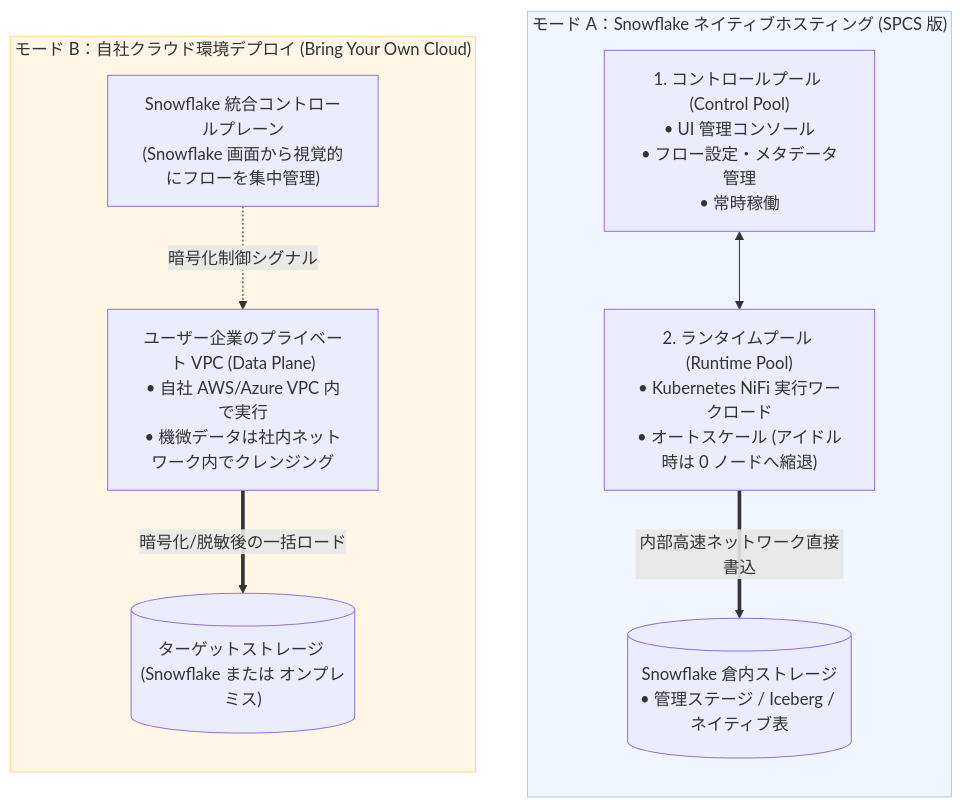
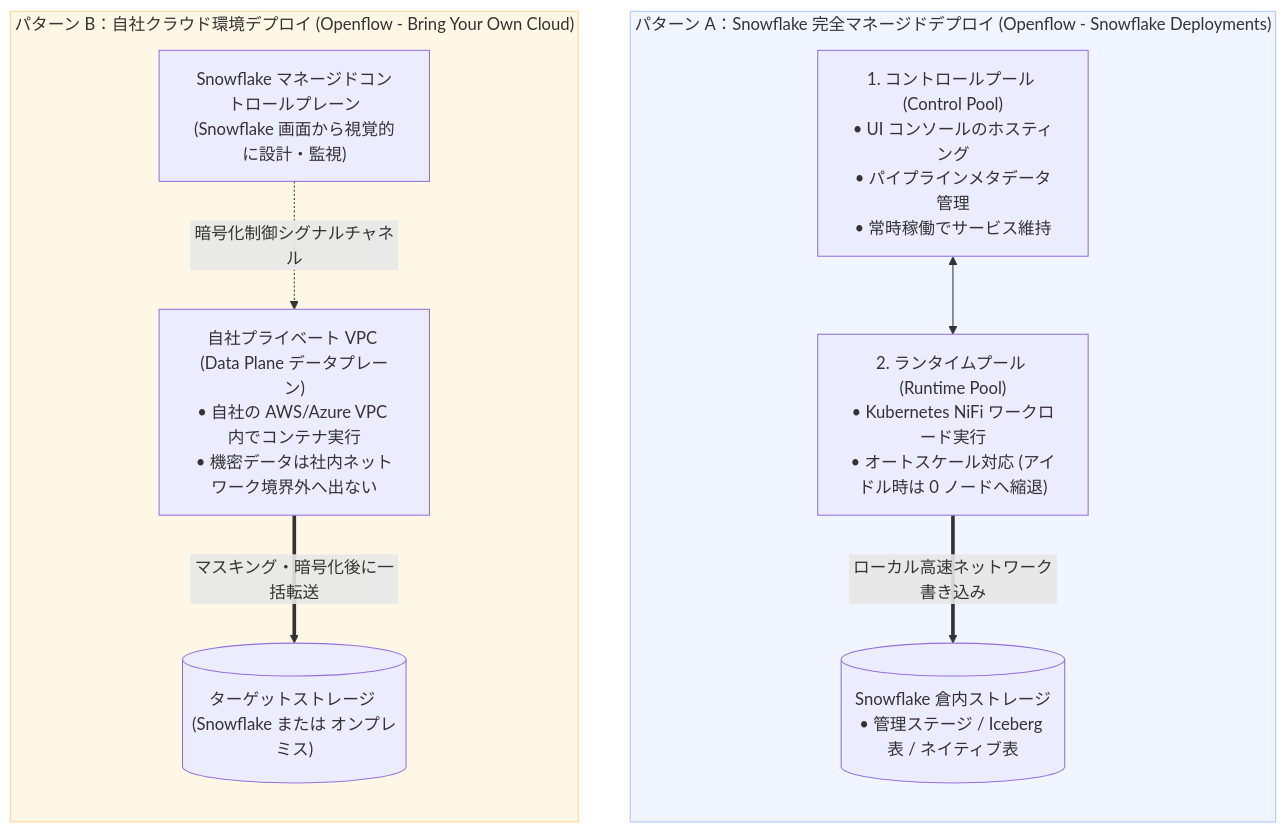
The diagram in docs/ja/07_01_openflow_architecture_and_concepts.md (BIGMAX-RKO007/snowflakeblog), drawn with Mermaid before and after one commit. The commit also changed other lines of this file and 6 other files, not shown here.

````diff
--- a/docs/ja/07_01_openflow_architecture_and_concepts.md
+++ b/docs/ja/07_01_openflow_architecture_and_concepts.md
@@ -101,23 +101,23 @@
 ```mermaid
 flowchart TD
-    subgraph SPCS_Mode["モード A：Snowflake ネイティブホスティング (SPCS 版)"]
+    subgraph SPCS_Mode["パターン A：Snowflake 完全マネージドデプロイ (Openflow - Snowflake Deployments)"]
         direction TB
-        S_CP["1. コントロールプール (Control Pool)<br/>• UI 管理コンソール<br/>• フロー設定・メタデータ管理<br/>• 常時稼働"]
-        S_RP["2. ランタイムプール (Runtime Pool)<br/>• Kubernetes NiFi 実行ワークロード<br/>• オートスケール (アイドル時は 0 ノードへ縮退)"]
-        S_TGT[("Snowflake 倉内ストレージ<br/>• 管理ステージ / Iceberg / ネイティブ表")]
+        S_CP["1. コントロールプール (Control Pool)<br/>• UI コンソールのホスティング<br/>• パイプラインメタデータ管理<br/>• 常時稼働でサービス維持"]
+        S_RP["2. ランタイムプール (Runtime Pool)<br/>• Kubernetes NiFi ワークロード実行<br/>• オートスケール対応 (アイドル時は 0 ノードへ縮退)"]
+        S_TGT[("Snowflake 倉内ストレージ<br/>• 管理ステージ / Iceberg 表 / ネイティブ表")]
         S_CP <--> S_RP
-        S_RP ==>|内部高速ネットワーク直接書込| S_TGT
+        S_RP ==>|ローカル高速ネットワーク書き込み| S_TGT
     end
 
-    subgraph BYOC_Mode["モード B：自社クラウド環境デプロイ (Bring Your Own Cloud)"]
+    subgraph BYOC_Mode["パターン B：自社クラウド環境デプロイ (Openflow - Bring Your Own Cloud)"]
         direction TB
-        B_CTRL["Snowflake 統合コントロールプレーン<br/>(Snowflake 画面から視覚的にフローを集中管理)"]
-        B_VPC["ユーザー企業のプライベート VPC (Data Plane)<br/>• 自社 AWS/Azure VPC 内で実行<br/>• 機微データは社内ネットワーク内でクレンジング"]
+        B_CTRL["Snowflake マネージドコントロールプレーン<br/>(Snowflake 画面から視覚的に設計・監視)"]
+        B_VPC["自社プライベート VPC (Data Plane データプレーン)<br/>• 自社の AWS/Azure VPC 内でコンテナ実行<br/>• 機密データは社内ネットワーク境界外へ出ない"]
         B_TGT[("ターゲットストレージ (Snowflake または オンプレミス)")]
-        B_CTRL -.->|暗号化制御シグナル| B_VPC
-        B_VPC ==>|暗号化/脱敏後の一括ロード| B_TGT
+        B_CTRL -.->|暗号化制御シグナルチャネル| B_VPC
+        B_VPC ==>|マスキング・暗号化後に一括転送| B_TGT
     end
 
     style SPCS_Mode fill:#f0f5ff,stroke:#adc6ff
     style BYOC_Mode fill:#fff7e6,stroke:#ffd591
 ```
````
